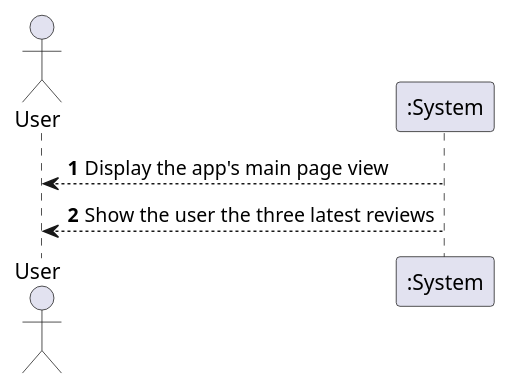
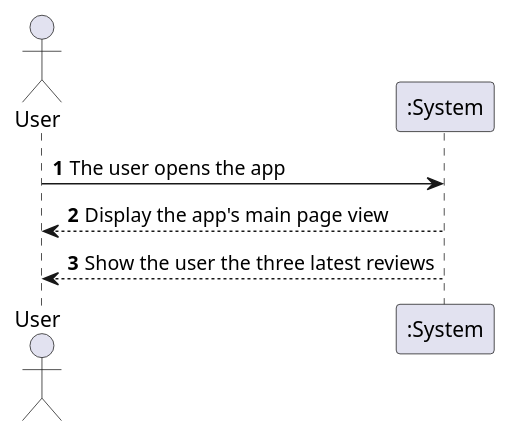
Before and after one commit to VitorHTeixeira/DSSMV_ProjectDroid_1232067_1241131_1241008: the diagram in UMLs/UC_SSD/uml/UCMS_UCSSD/UCMS4_UCSSD.puml, drawn with PlantUML. The commit also changed 9 other files, not shown here.

```diff
--- a/UMLs/UC_SSD/uml/UCMS_UCSSD/UCMS4_UCSSD.puml
+++ b/UMLs/UC_SSD/uml/UCMS_UCSSD/UCMS4_UCSSD.puml
@@ -1,11 +1,12 @@
 @startuml
 'https://plantuml.com/sequence-diagram
 
 autonumber
 
 actor "User" as user
 participant ":System" as sys
 
+user -> sys: The user opens the app
 user <-- sys: Display the app's main page view
 user <-- sys: Show the user the three latest reviews
 @enduml
```
